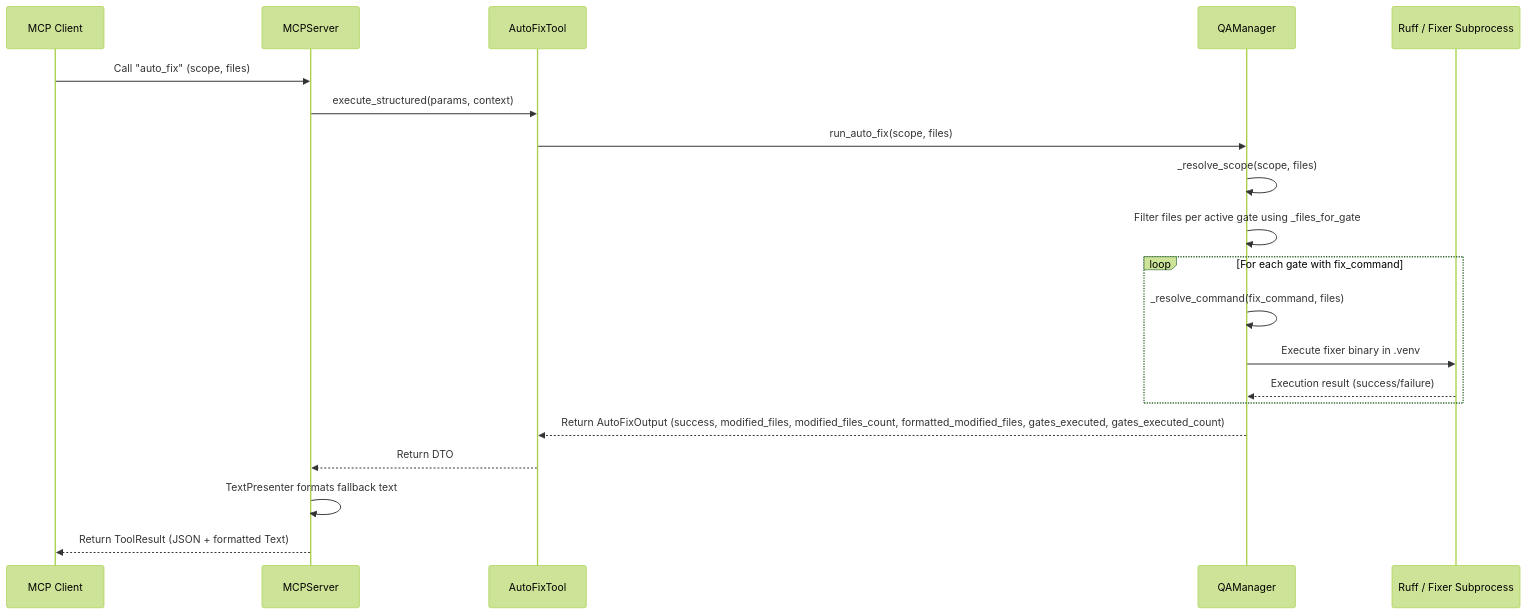
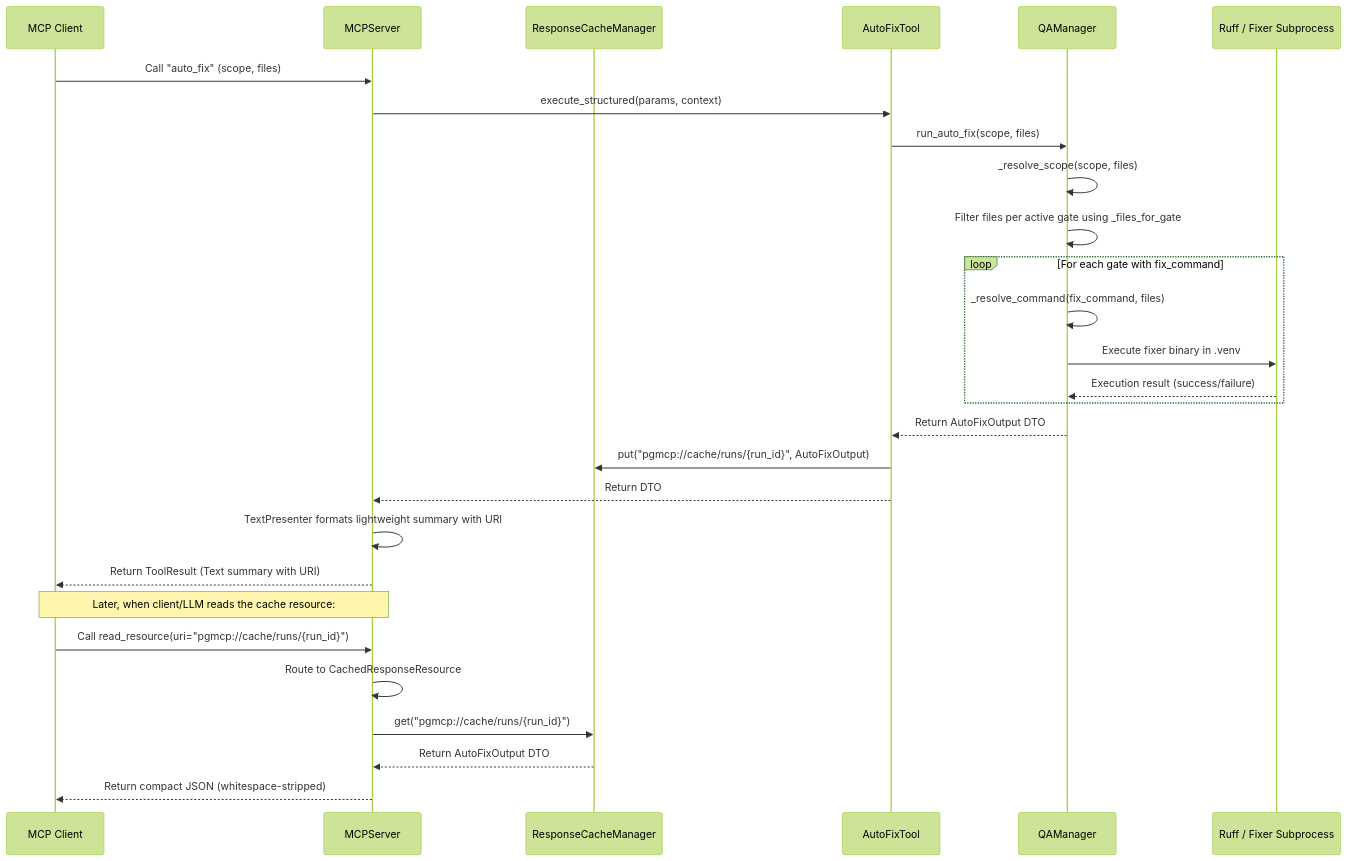
One commit to MikeyVK/phase-gate-mcp changed the diagram in docs/development/issue402/auto_fix_design.md. Above: the diagram before and after it, drawn with Mermaid (forest theme). The commit also changed other lines of this file and 3 other files, not shown here.

````diff
--- a/docs/development/issue402/auto_fix_design.md
+++ b/docs/development/issue402/auto_fix_design.md
@@ -100,23 +100,32 @@
 ```mermaid
 sequenceDiagram
     participant Client as MCP Client
     participant Server as MCPServer
+    participant Cache as ResponseCacheManager
     participant Tool as AutoFixTool
     participant QA as QAManager
     participant Subprocess as Ruff / Fixer Subprocess
 
     Client->>Server: Call "auto_fix" (scope, files)
     Server->>Tool: execute_structured(params, context)
     Tool->>QA: run_auto_fix(scope, files)
     QA->>QA: _resolve_scope(scope, files)
     QA->>QA: Filter files per active gate using _files_for_gate
     loop For each gate with fix_command
         QA->>QA: _resolve_command(fix_command, files)
         QA->>Subprocess: Execute fixer binary in .venv
         Subprocess-->>QA: Execution result (success/failure)
     end
-    QA-->>Tool: Return AutoFixOutput (success, modified_files, modified_files_count, formatted_modified_files, gates_executed, gates_executed_count)
+    QA-->>Tool: Return AutoFixOutput DTO
+    Tool->>Cache: put("pgmcp://cache/runs/{run_id}", AutoFixOutput)
     Tool-->>Server: Return DTO
-    Server->>Server: TextPresenter formats fallback text
-    Server-->>Client: Return ToolResult (JSON + formatted Text)
+    Server->>Server: TextPresenter formats lightweight summary with URI
+    Server-->>Client: Return ToolResult (Text summary with URI)
+    
+    Note over Client, Server: Later, when client/LLM reads the cache resource:
+    Client->>Server: Call read_resource(uri="pgmcp://cache/runs/{run_id}")
+    Server->>Server: Route to CachedResponseResource
+    Server->>Cache: get("pgmcp://cache/runs/{run_id}")
+    Cache-->>Server: Return AutoFixOutput DTO
+    Server-->>Client: Return compact JSON (whitespace-stripped)
 ```
````
